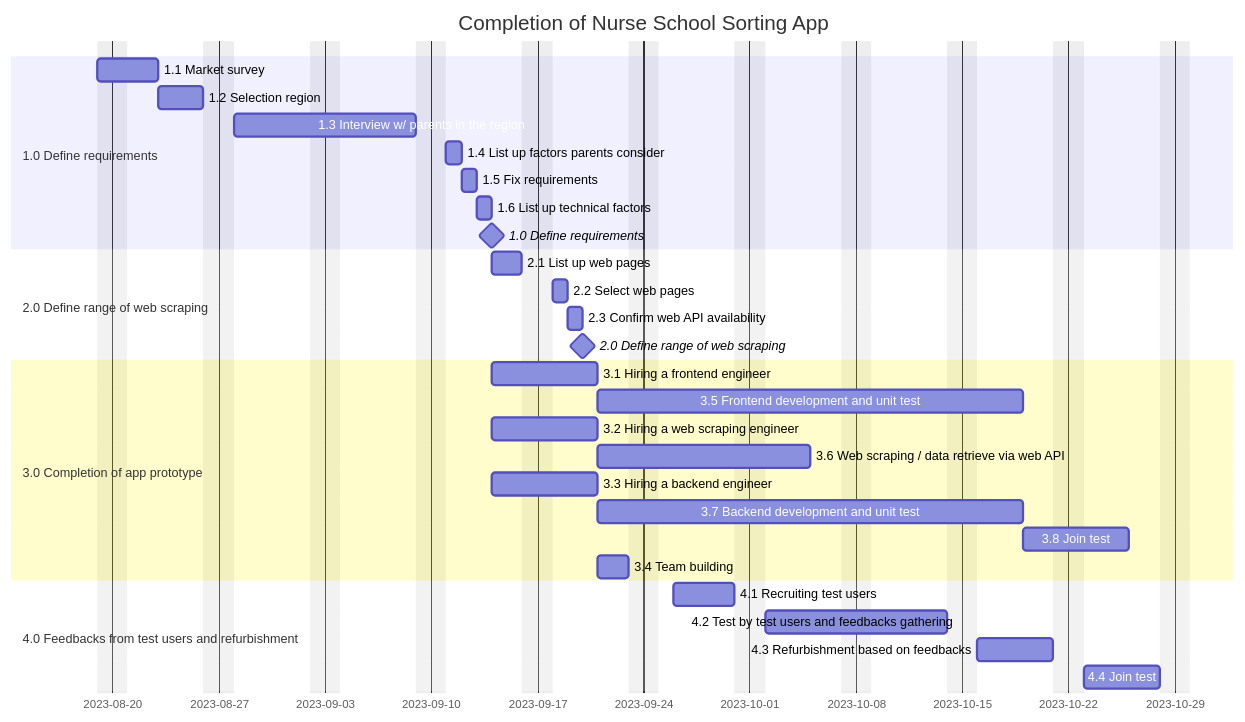
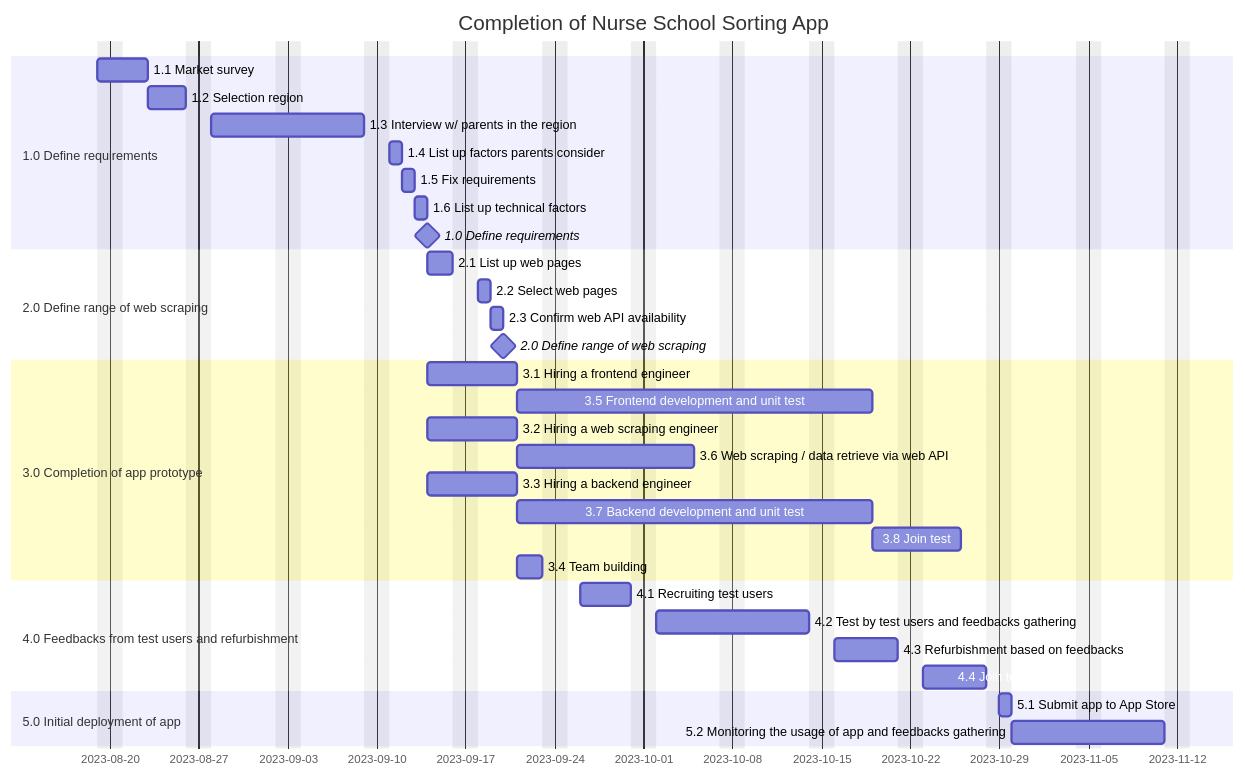
One commit to riow1983/Coursera-PMP changed the third of 4 diagrams in README.md. Above: the diagram before and after it, drawn with Mermaid.

````diff
--- a/README.md
+++ b/README.md
@@ -166,38 +166,41 @@
 ```mermaid
 gantt
   dateFormat  YYYY-MM-DD
   title       Completion of Nurse School Sorting App
   excludes    weekends
 
   section 1.0 Define requirements
   1.1 Market survey        :2023-08-19, 3d
   1.2 Selection region :3d
   1.3 Interview w/ parents in the region  :10d
   1.4 List up factors parents consider: 1d
   1.5 Fix requirements: 1d
   1.6 List up technical factors: 0.5d
   1.0 Define requirements     :milestone, 0d
 
   section 2.0 Define range of web scraping
   2.1 List up web pages      :2023-09-14, 2d
   2.2 Select web pages      :1d
   2.3 Confirm web API availability     :1d
   2.0 Define range of web scraping: milestone, 0d
 
   section 3.0 Completion of app prototype
   3.1 Hiring a frontend engineer: 2023-09-14, 5d
   3.5 Frontend development and unit test: 20d
   3.2 Hiring a web scraping engineer: 2023-09-14, 5d
   3.6 Web scraping / data retrieve via web API: 10d
   3.3 Hiring a backend engineer: a, 2023-09-14, 5d
   3.7 Backend development and unit test: 20d
   3.8 Join test: 5d
   3.4 Team building: after a, 2d
 
   section 4.0 Feedbacks from test users and refurbishment
   4.1 Recruiting test users: 2023-09-26, 4d
   4.2 Test by test users and feedbacks gathering: 10d
   4.3 Refurbishment based on feedbacks: 5d
   4.4 Join test: 5d
   
+  section 5.0 Initial deployment of app
+  5.1 Submit app to App Store: 2023-10-29, 0.5d
+  5.2 Monitoring the usage of app and feedbacks gathering: 10d
 ```
````
